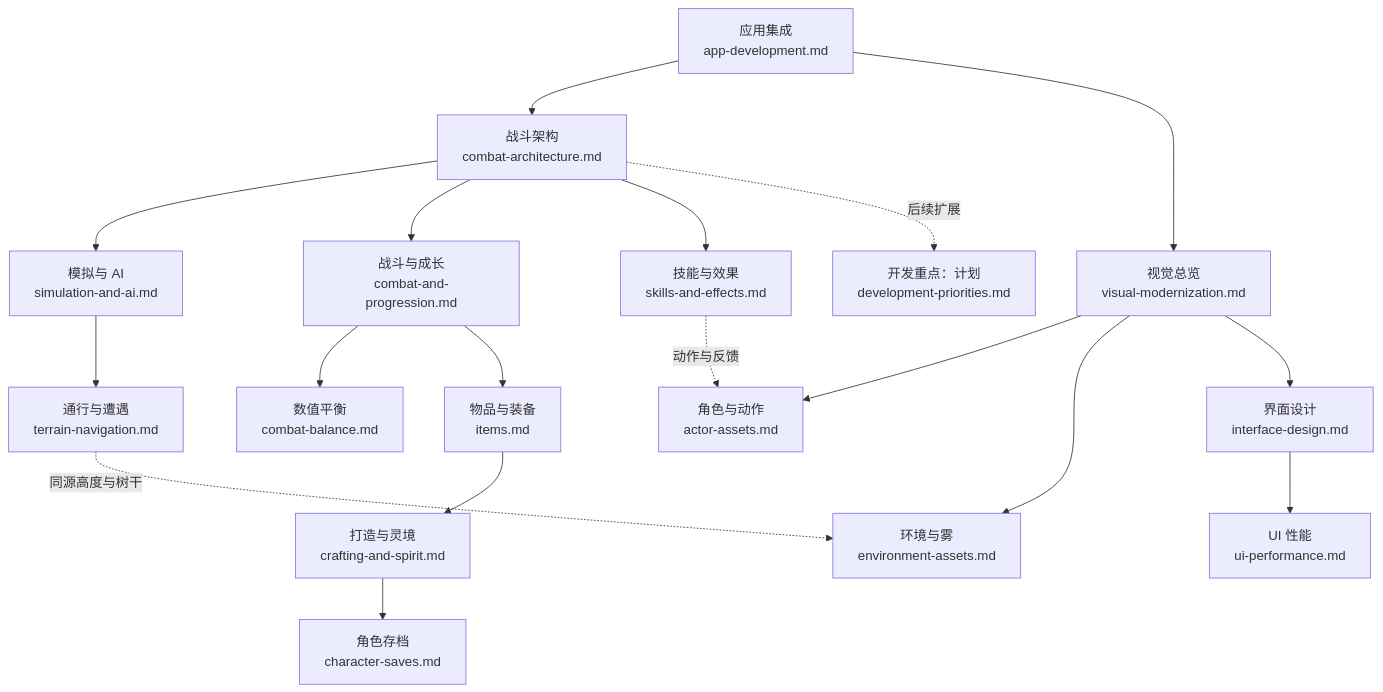
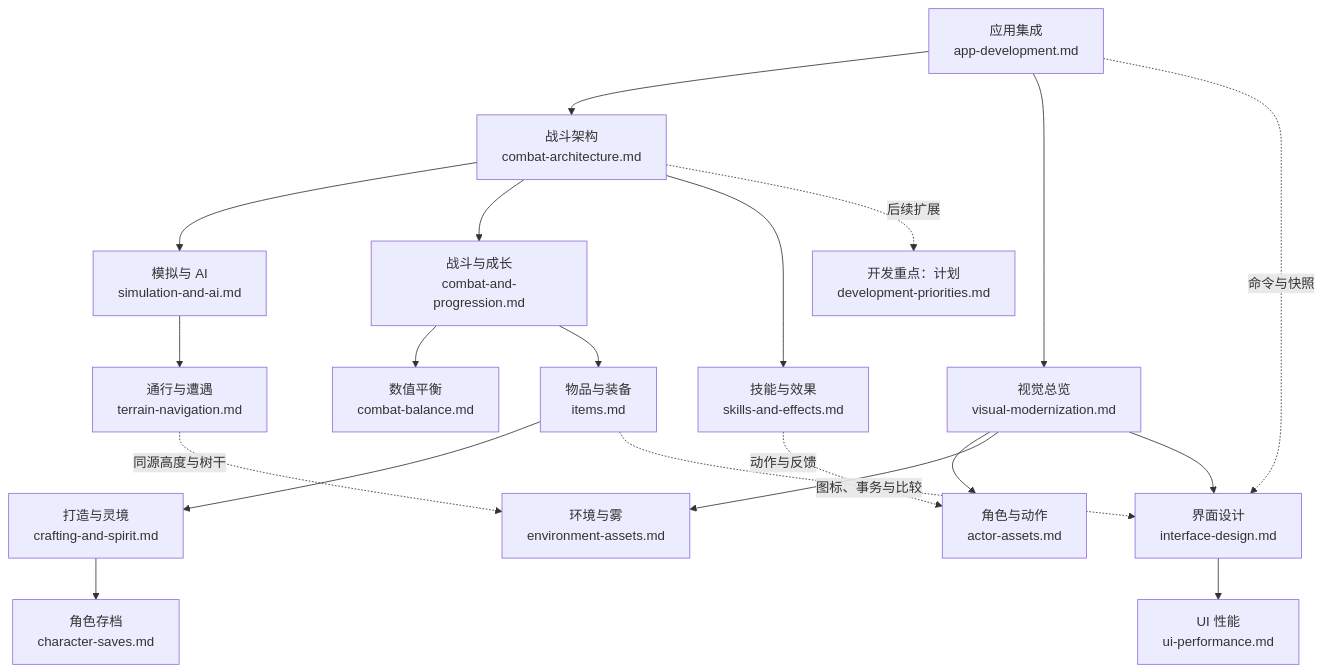
The second of 3 diagrams in docs/README.md (lanyik/lanyik), drawn with Mermaid before and after one commit. The commit also changed other lines of this file and 12 other files, not shown here.

````diff
--- a/docs/README.md
+++ b/docs/README.md
@@ -114,20 +114,22 @@
 ```mermaid
 flowchart TB
     app["应用集成<br/>app-development.md"] --> combat["战斗架构<br/>combat-architecture.md"]
     combat --> ai["模拟与 AI<br/>simulation-and-ai.md"]
     combat --> loop["战斗与成长<br/>combat-and-progression.md"]
     combat --> skill["技能与效果<br/>skills-and-effects.md"]
     loop --> balance["数值平衡<br/>combat-balance.md"]
     loop --> item["物品与装备<br/>items.md"]
     item --> craft["打造与灵境<br/>crafting-and-spirit.md"]
     craft --> save["角色存档<br/>character-saves.md"]
     ai --> terrain["通行与遭遇<br/>terrain-navigation.md"]
     app --> visual["视觉总览<br/>visual-modernization.md"]
     visual --> actor["角色与动作<br/>actor-assets.md"]
     visual --> env["环境与雾<br/>environment-assets.md"]
     visual --> ui["界面设计<br/>interface-design.md"]
+    app -. 命令与快照 .-> ui
+    item -. 图标、事务与比较 .-> ui
     ui --> perf["UI 性能<br/>ui-performance.md"]
     combat -. 后续扩展 .-> plan["开发重点：计划<br/>development-priorities.md"]
     skill -. 动作与反馈 .-> actor
     terrain -. 同源高度与树干 .-> env
 ```
````
